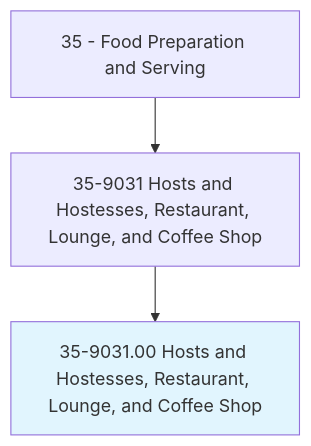
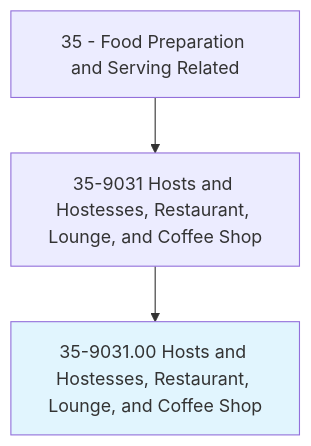
The first of 4 diagrams in occupations/FoodService/HostsAndHostessesRestaurantLoungeAndCoffeeShop.mdx (kziemski/business.org.ai), drawn with Mermaid before and after one commit. The commit also changed other lines of this file and 938 other files, not shown here.

````diff
--- a/occupations/FoodService/HostsAndHostessesRestaurantLoungeAndCoffeeShop.mdx
+++ b/occupations/FoodService/HostsAndHostessesRestaurantLoungeAndCoffeeShop.mdx
@@ -19,6 +23,6 @@
 ```mermaid
 graph TD
-    Cat35["35 - Food Preparation and Serving"] --> Group359031["35-9031 Hosts and Hostesses, Restaurant, Lounge, and Coffee Shop"]
+    Cat35["35 - Food Preparation and Serving Related"] --> Group359031["35-9031 Hosts and Hostesses, Restaurant, Lounge, and Coffee Shop"]
     Group359031 --> Current["35-9031.00 Hosts and Hostesses, Restaurant, Lounge, and Coffee Shop"]
     style Current fill:#e1f5fe
 ```
````
